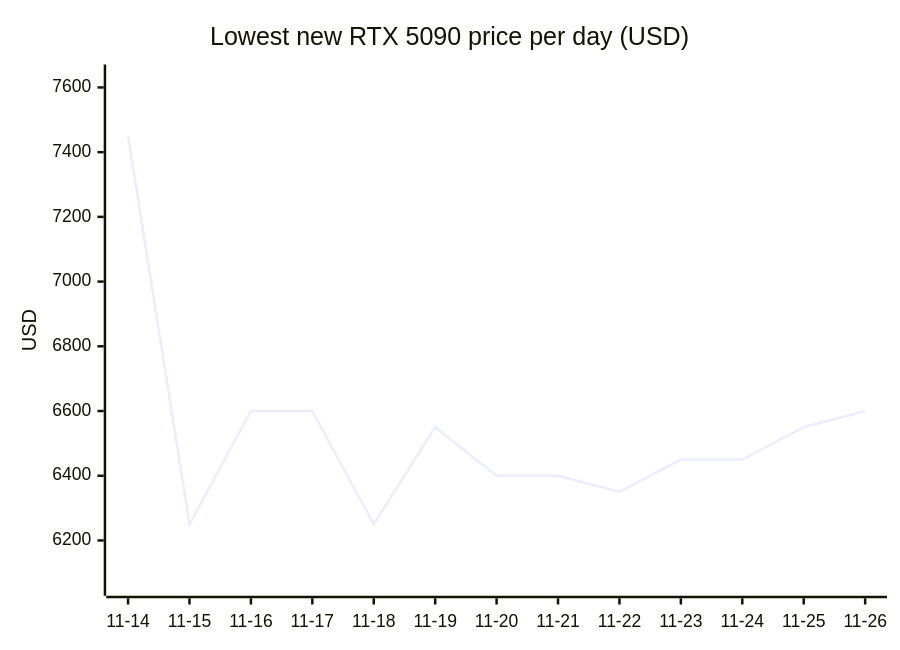
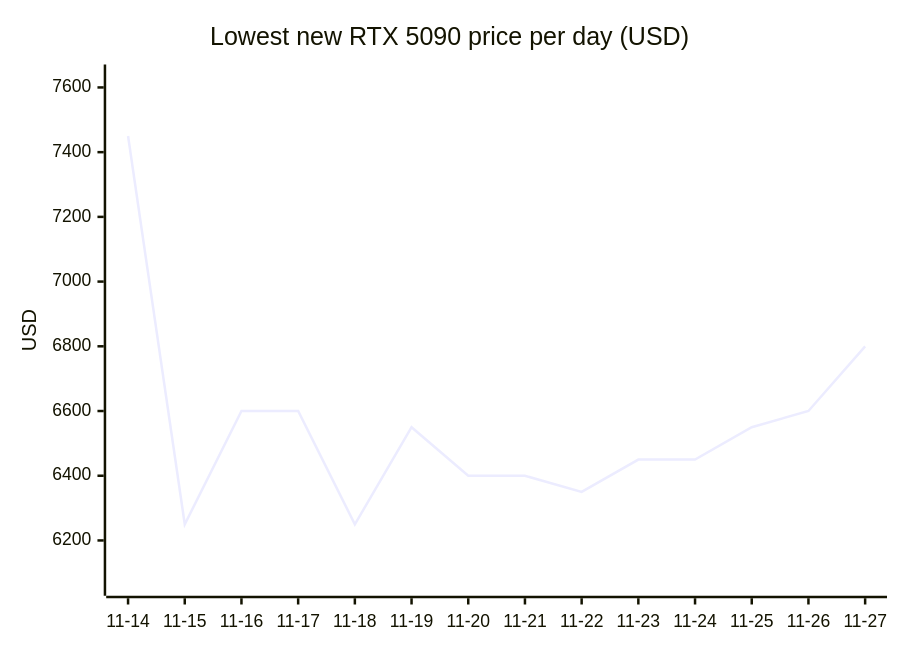
One commit to 7324136828/4tb_ssd_price_watch changed the sixth of 18 diagrams in README.md. Above: the diagram before and after it, drawn with Mermaid. The commit also changed other lines of this file, not shown here.

````diff
--- a/README.md
+++ b/README.md
@@ -976,7 +1004,7 @@
 ```mermaid
 xychart-beta
     title "Lowest new RTX 5090 price per day (USD)"
-    x-axis ["11-14", "11-15", "11-16", "11-17", "11-18", "11-19", "11-20", "11-21", "11-22", "11-23", "11-24", "11-25", "11-26"]
+    x-axis ["11-14", "11-15", "11-16", "11-17", "11-18", "11-19", "11-20", "11-21", "11-22", "11-23", "11-24", "11-25", "11-26", "11-27"]
     y-axis "USD" 6060 --> 7640
-    line [7450.00, 6249.99, 6599.99, 6599.99, 6249.99, 6549.99, 6399.99, 6399.99, 6349.99, 6449.99, 6449.99, 6549.99, 6599.99]
+    line [7450.00, 6249.99, 6599.99, 6599.99, 6249.99, 6549.99, 6399.99, 6399.99, 6349.99, 6449.99, 6449.99, 6549.99, 6599.99, 6799.99]
 ```
````
